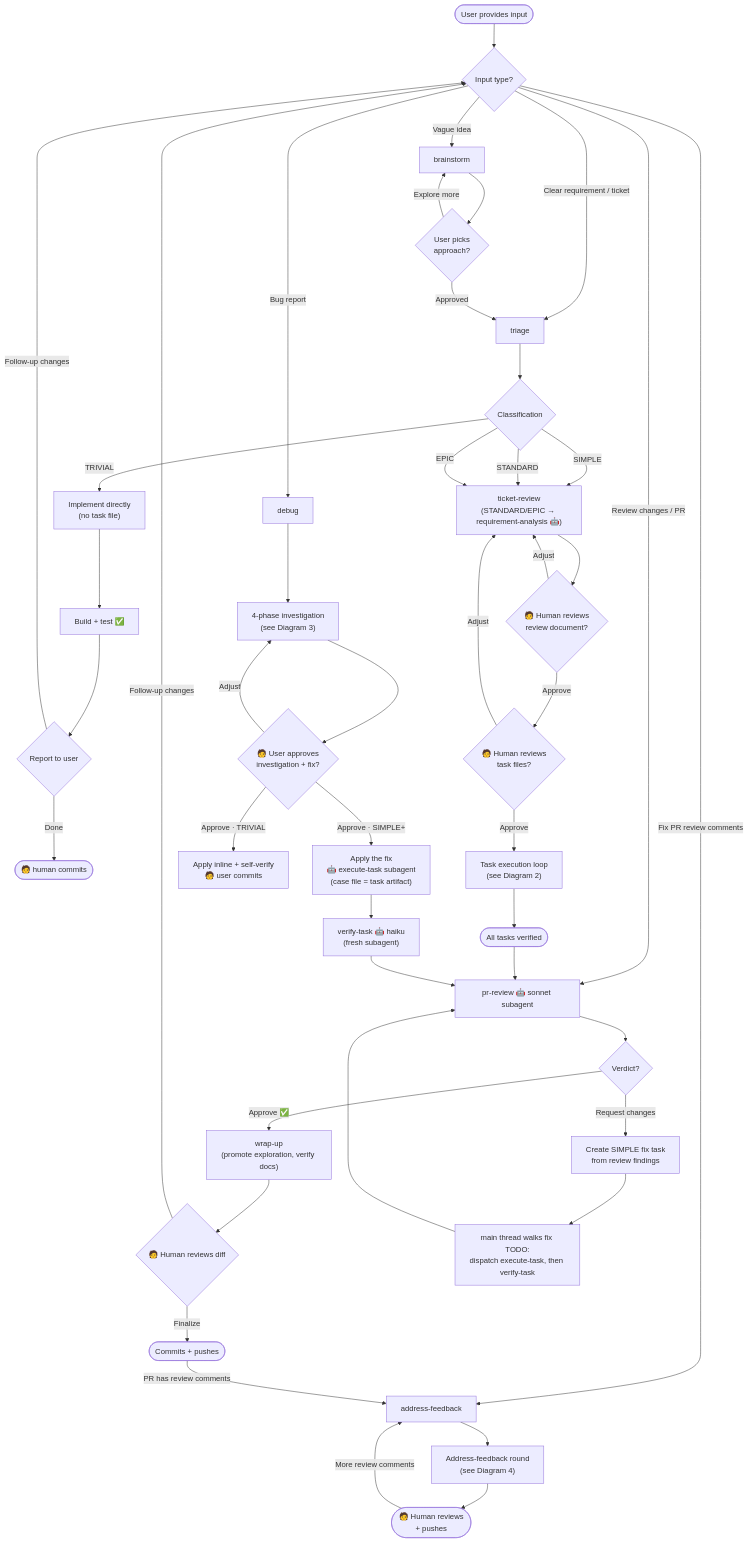
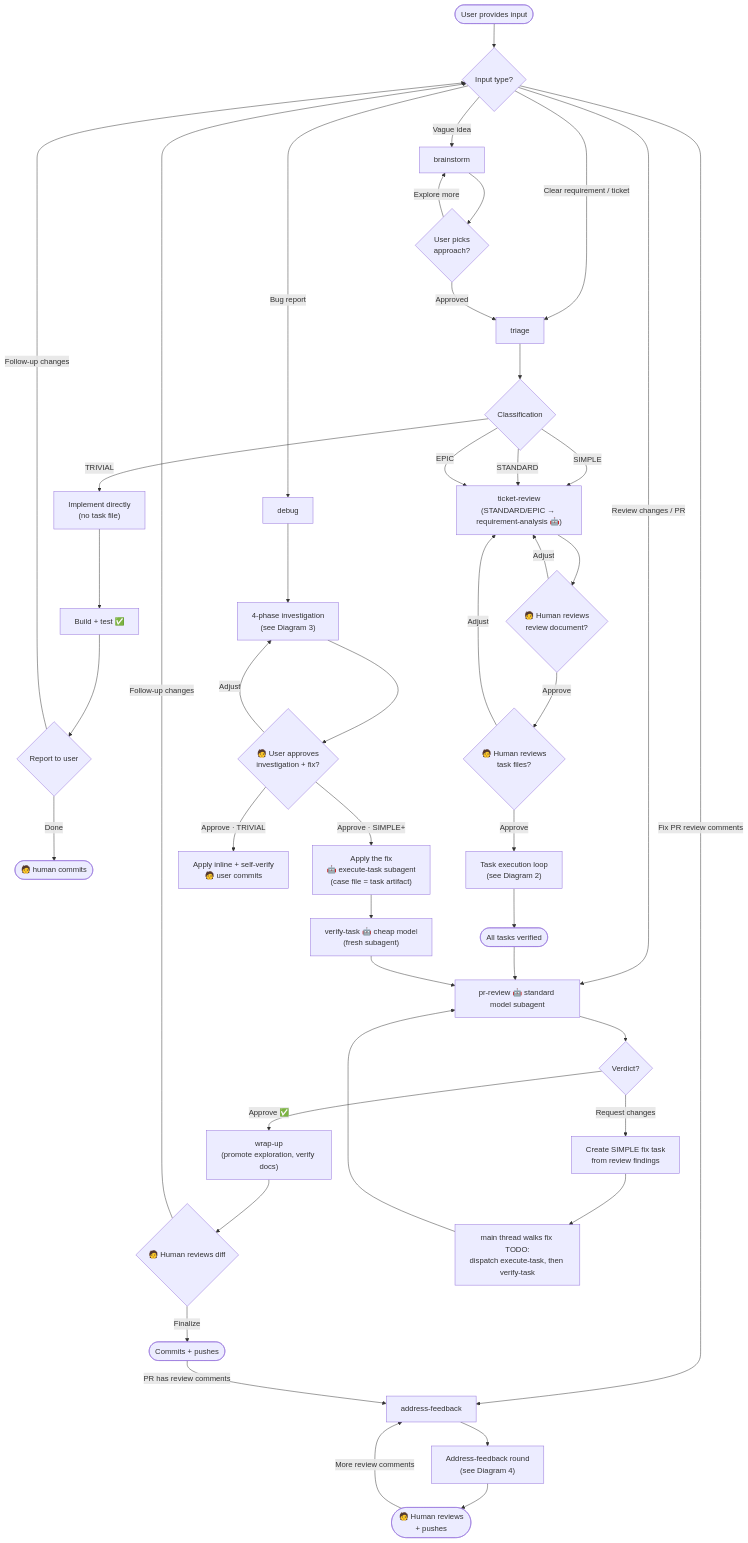
Before and after one commit to precise-alloy/ritus: the first of 8 diagrams in docs/WORKFLOW_DIAGRAMS.md, drawn with Mermaid. The commit also changed other lines of this file and 6 other files, not shown here.

````diff
--- a/docs/WORKFLOW_DIAGRAMS.md
+++ b/docs/WORKFLOW_DIAGRAMS.md
@@ -12,57 +12,57 @@
 ```mermaid
 flowchart TD
     Input([User provides input]) --> InputType{Input type?}
 
     InputType -->|"Vague idea"| BS["brainstorm"]
     InputType -->|"Clear requirement / ticket"| TR["triage"]
     InputType -->|"Bug report"| DB["debug"]
-    InputType -->|"Review changes / PR"| CR["pr-review 🤖 sonnet subagent"]
+    InputType -->|"Review changes / PR"| CR["pr-review 🤖 standard model subagent"]
     InputType -->|"Fix PR review comments"| AF["address-feedback"]
 
     BS --> UserPicks{"User picks\napproach?"}
     UserPicks -->|"Explore more"| BS
     UserPicks -->|"Approved"| TR
 
     TR --> Class{Classification}
 
     Class -->|TRIVIAL| Direct["Implement directly\n(no task file)"]
     Direct --> SelfVerify["Build + test ✅"]
     SelfVerify --> Report{"Report to user"}
     Report -->|"Done"| TrivialDone(["🧑 human commits"])
     Report -->|"Follow-up changes"| InputType
 
     Class -->|SIMPLE| GT["ticket-review\n(STANDARD/EPIC → requirement-analysis 🤖)"]
     Class -->|STANDARD| GT
     Class -->|EPIC| GT
 
     GT --> HumanReview{"🧑 Human reviews\nreview document?"}
     HumanReview -->|"Adjust"| GT
     HumanReview -->|"Approve"| HumanTasks{"🧑 Human reviews\ntask files?"}
     HumanTasks -->|"Adjust"| GT
     HumanTasks -->|"Approve"| Loop["Task execution loop\n(see Diagram 2)"]
 
     Loop --> AllDone(["All tasks verified"])
     AllDone --> CR
 
     CR --> Verdict{Verdict?}
     Verdict -->|"Approve ✅"| WrapUp["wrap-up\n(promote exploration, verify docs)"]
     WrapUp --> HumanFinal{"🧑 Human reviews diff"}
     HumanFinal -->|"Finalize"| Done(["Commits + pushes"])
     Done -->|"PR has review comments"| AF
     HumanFinal -->|"Follow-up changes"| InputType
     Verdict -->|"Request changes"| FixTask["Create SIMPLE fix task\nfrom review findings"]
     FixTask --> FixExec["main thread walks fix TODO:\ndispatch execute-task, then verify-task"]
     FixExec --> CR
 
     AF --> AFRound["Address-feedback round\n(see Diagram 4)"]
     AFRound --> AFDone(["🧑 Human reviews\n+ pushes"])
     AFDone -->|"More review comments"| AF
 
     DB --> DBPhases["4-phase investigation\n(see Diagram 3)"]
     DBPhases --> DBInvestigationApproval{"🧑 User approves\ninvestigation + fix?"}
     DBInvestigationApproval -->|"Adjust"| DBPhases
     DBInvestigationApproval -->|"Approve · TRIVIAL"| DBTriv["Apply inline + self-verify\n🧑 user commits"]
     DBInvestigationApproval -->|"Approve · SIMPLE+"| DBFix["Apply the fix\n🤖 execute-task subagent\n(case file = task artifact)"]
-    DBFix --> DBVerify["verify-task 🤖 haiku\n(fresh subagent)"]
+    DBFix --> DBVerify["verify-task 🤖 cheap model\n(fresh subagent)"]
     DBVerify --> CR
 ```
````
